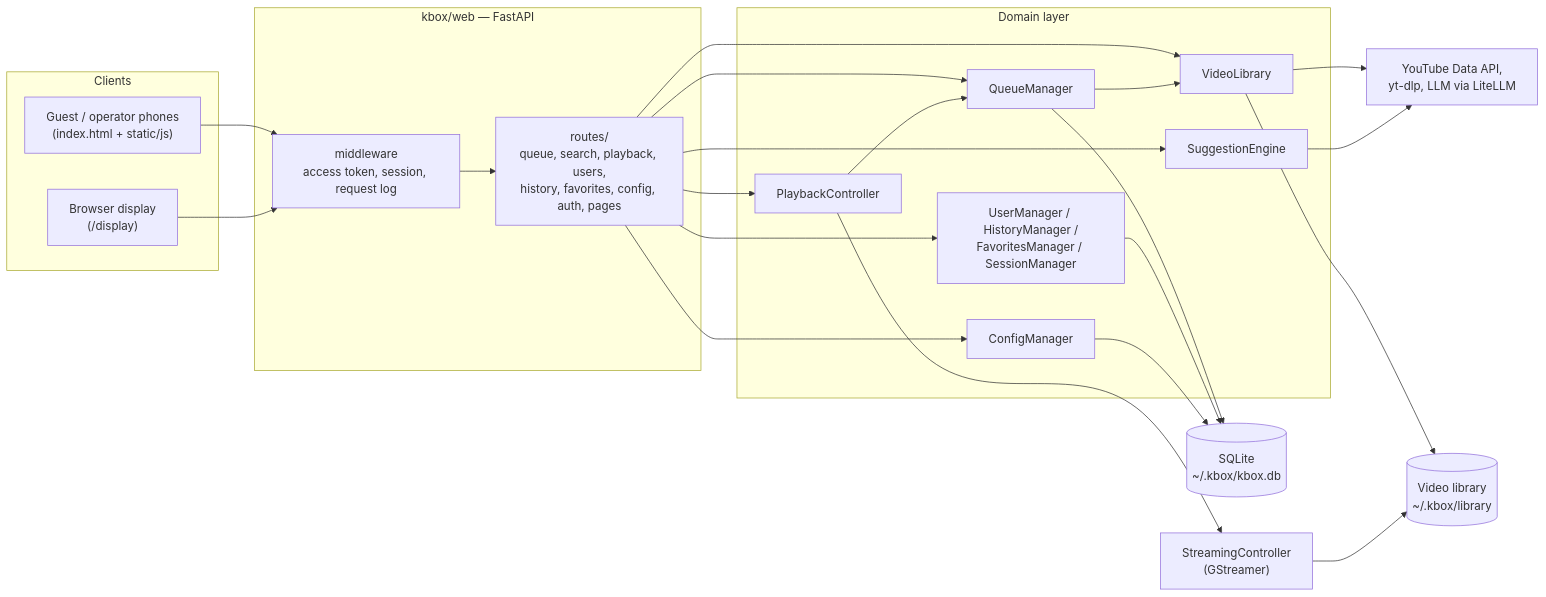
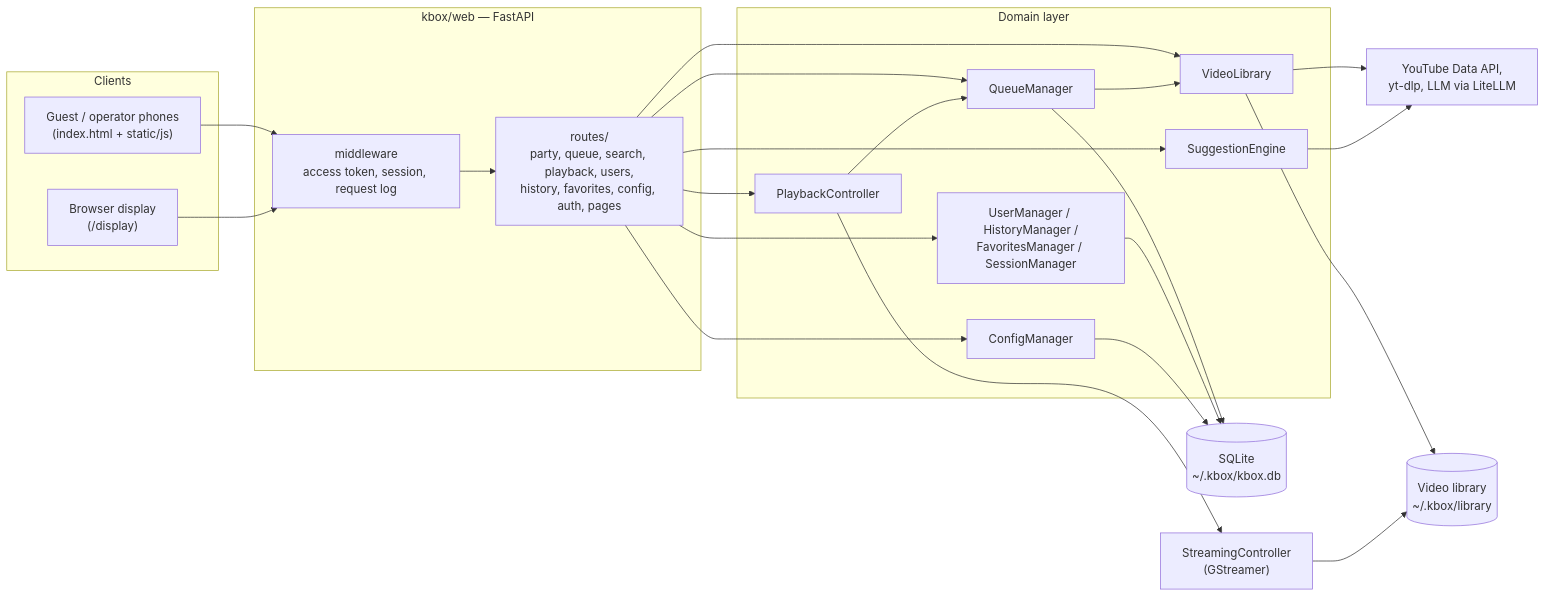
One commit to mdz/kbox changed the diagram in docs/development/architecture.md. Above: the diagram before and after it, drawn with Mermaid. The commit also changed other lines of this file and 13 other files, not shown here.

````diff
--- a/docs/development/architecture.md
+++ b/docs/development/architecture.md
@@ -15,37 +15,37 @@
 ```mermaid
 flowchart LR
     subgraph clients["Clients"]
         PHONE["Guest / operator phones<br/>(index.html + static/js)"]
         TV["Browser display<br/>(/display)"]
     end
 
     subgraph web["kbox/web — FastAPI"]
         MW["middleware<br/>access token, session, request log"]
-        ROUTES["routes/<br/>queue, search, playback, users,<br/>history, favorites, config, auth, pages"]
+        ROUTES["routes/<br/>party, queue, search, playback, users,<br/>history, favorites, config, auth, pages"]
     end
 
     subgraph core["Domain layer"]
         QM[QueueManager]
         PC[PlaybackController]
         VL[VideoLibrary]
         SE[SuggestionEngine]
         UM["UserManager / HistoryManager /<br/>FavoritesManager / SessionManager"]
         CM[ConfigManager]
     end
 
     SC["StreamingController<br/>(GStreamer)"]
     DB[("SQLite<br/>~/.kbox/kbox.db")]
     LIB[("Video library<br/>~/.kbox/library")]
     EXT["YouTube Data API,<br/>yt-dlp, LLM via LiteLLM"]
 
     PHONE --> MW --> ROUTES
     TV --> MW
     ROUTES --> QM & PC & VL & SE & UM & CM
     PC --> QM & SC
     QM --> VL
     VL --> EXT
     SE --> EXT
     VL --> LIB
     QM & UM & CM --> DB
     SC --> LIB
 ```
````
